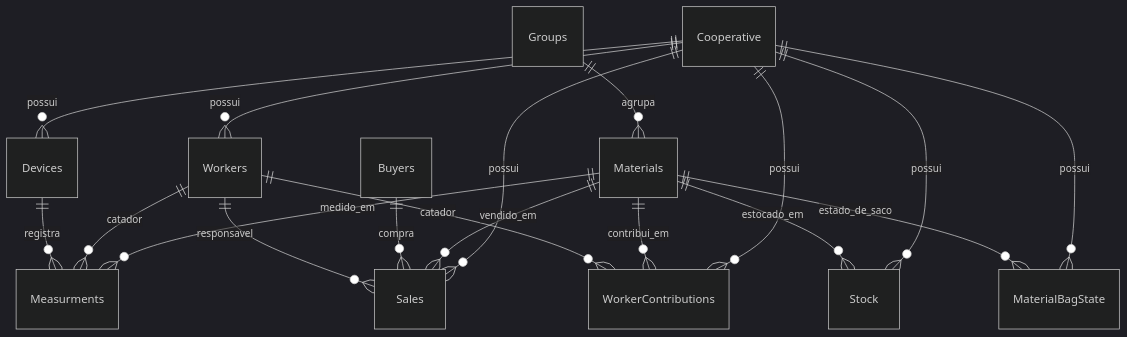
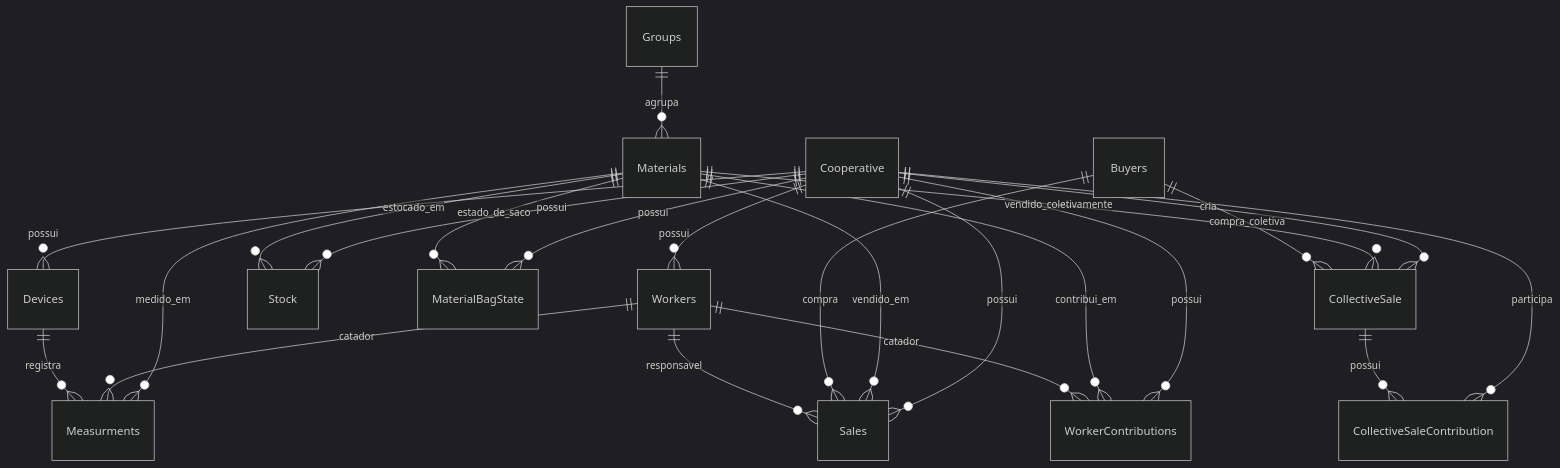
Before and after one commit to T0minh0/DMS_NextJS_MGM: the diagram in Web_vault/Dominio/Modelo-de-dados.md, drawn with Mermaid (dark theme). The commit also changed other lines of this file and 14 other files, not shown here.

````diff
--- a/Web_vault/Dominio/Modelo-de-dados.md
+++ b/Web_vault/Dominio/Modelo-de-dados.md
@@ -9,20 +9,25 @@
 ```mermaid
 erDiagram
   Cooperative ||--o{ Devices : possui
   Cooperative ||--o{ Workers : possui
   Cooperative ||--o{ Sales : possui
   Cooperative ||--o{ Stock : possui
   Cooperative ||--o{ MaterialBagState : possui
   Cooperative ||--o{ WorkerContributions : possui
+  Cooperative ||--o{ CollectiveSale : cria
+  Cooperative ||--o{ CollectiveSaleContribution : participa
   Groups ||--o{ Materials : agrupa
   Materials ||--o{ Sales : vendido_em
   Materials ||--o{ Measurments : medido_em
   Materials ||--o{ Stock : estocado_em
   Materials ||--o{ MaterialBagState : estado_de_saco
   Materials ||--o{ WorkerContributions : contribui_em
+  Materials ||--o{ CollectiveSale : vendido_coletivamente
   Buyers ||--o{ Sales : compra
+  Buyers ||--o{ CollectiveSale : compra_coletiva
+  CollectiveSale ||--o{ CollectiveSaleContribution : possui
   Workers ||--o{ Sales : responsavel
   Workers ||--o{ Measurments : catador
   Workers ||--o{ WorkerContributions : catador
   Devices ||--o{ Measurments : registra
 ```
````
